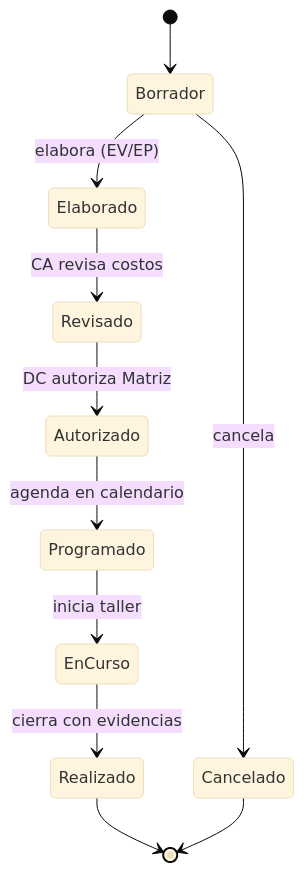
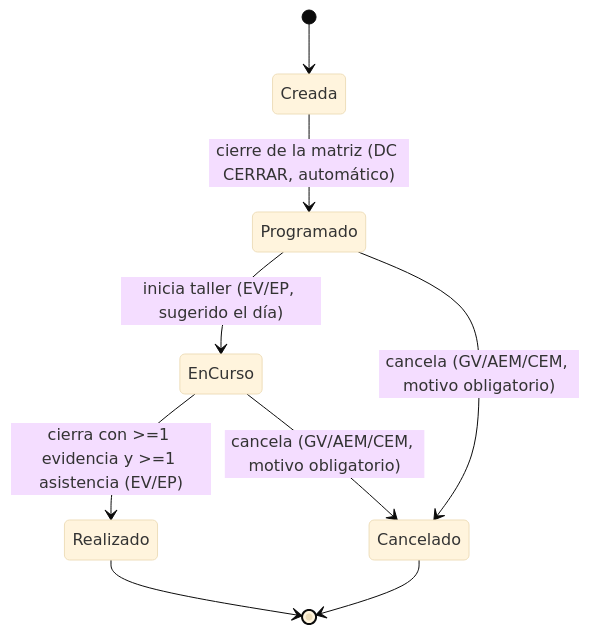
Before and after one commit to GrupoLefarma2025/01-lefarma-project: the second of 2 diagrams in lefarma.docs/educacion-medica/reglas-negocio.md, drawn with Mermaid (base theme). The commit also changed other lines of this file and 176 other files, not shown here.

````diff
--- a/lefarma.docs/educacion-medica/reglas-negocio.md
+++ b/lefarma.docs/educacion-medica/reglas-negocio.md
@@ -758,13 +808,11 @@
 ```mermaid
 stateDiagram-v2
-    [*] --> Borrador
-    Borrador --> Elaborado : elabora (EV/EP)
-    Elaborado --> Revisado : CA revisa costos
-    Revisado --> Autorizado : DC autoriza Matriz
-    Autorizado --> Programado : agenda en calendario
-    Programado --> EnCurso : inicia taller
-    EnCurso --> Realizado : cierra con evidencias
-    Borrador --> Cancelado : cancela
+    [*] --> Creada
+    Creada --> Programado : cierre de la matriz (DC CERRAR, automático)
+    Programado --> EnCurso : inicia taller (EV/EP, sugerido el día)
+    EnCurso --> Realizado : cierra con >=1 evidencia y >=1 asistencia (EV/EP)
+    Programado --> Cancelado : cancela (GV/AEM/CEM, motivo obligatorio)
+    EnCurso --> Cancelado : cancela (GV/AEM/CEM, motivo obligatorio)
     Realizado --> [*]
     Cancelado --> [*]
 ```
````
